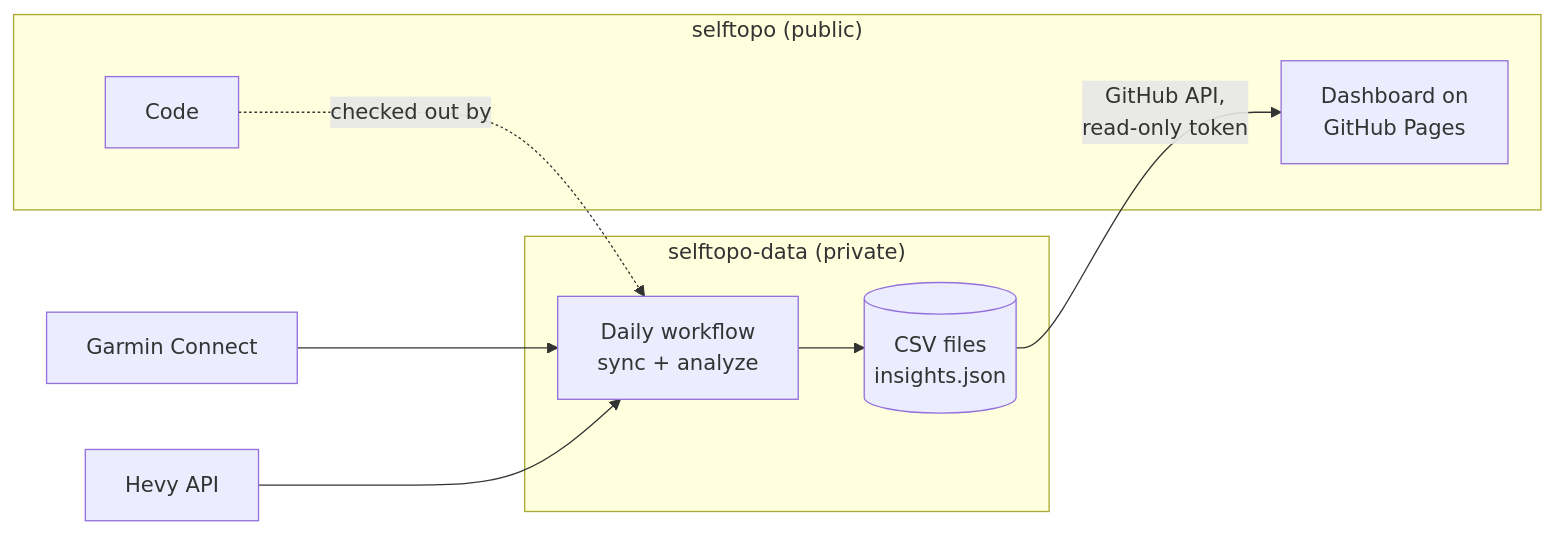
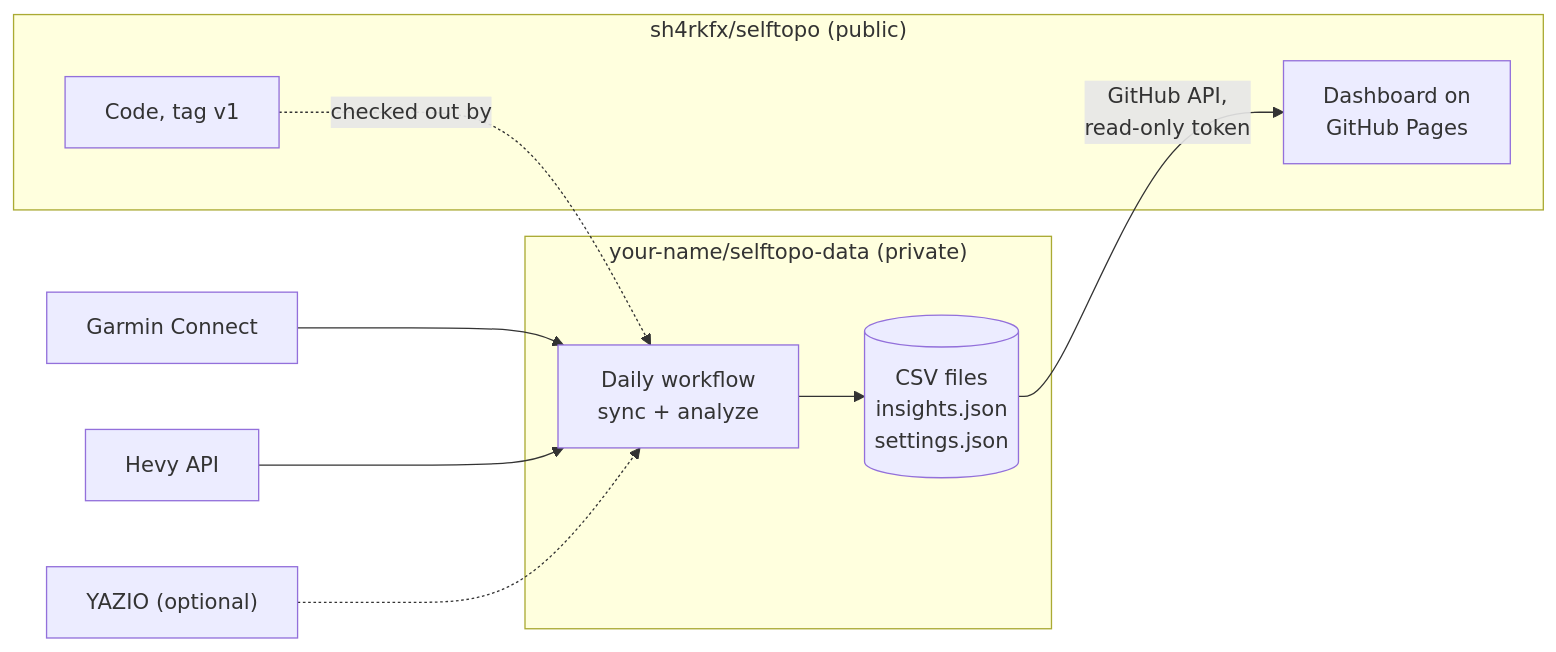
The diagram in README.md (sh4rkfx/selftopo), drawn with Mermaid before and after one commit. The commit also changed other lines of this file and 16 other files, not shown here.

````diff
--- a/README.md
+++ b/README.md
@@ -30,13 +37,14 @@
 ```mermaid
 flowchart LR
     G["Garmin Connect"] --> S
     H["Hevy API"] --> S
-    subgraph P["selftopo-data (private)"]
-        S["Daily workflow<br/>sync + analyze"] --> C[("CSV files<br/>insights.json")]
+    Y["YAZIO (optional)"] -.-> S
+    subgraph P["your-name/selftopo-data (private)"]
+        S["Daily workflow<br/>sync + analyze"] --> C[("CSV files<br/>insights.json<br/>settings.json")]
     end
-    subgraph O["selftopo (public)"]
-        K["Code"] -. checked out by .-> S
+    subgraph O["sh4rkfx/selftopo (public)"]
+        K["Code, tag v1"] -. checked out by .-> S
         D["Dashboard on<br/>GitHub Pages"]
     end
     C -- "GitHub API,<br/>read-only token" --> D
 ```
````
